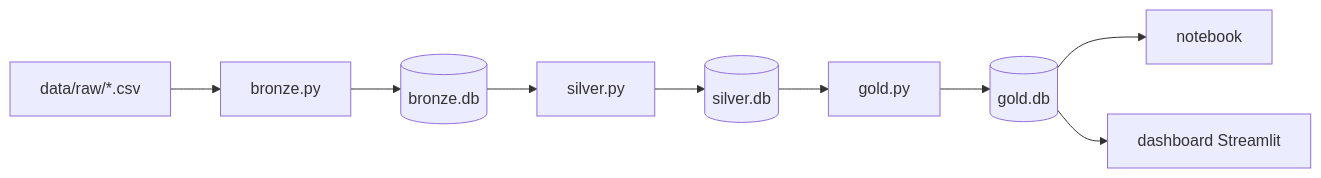
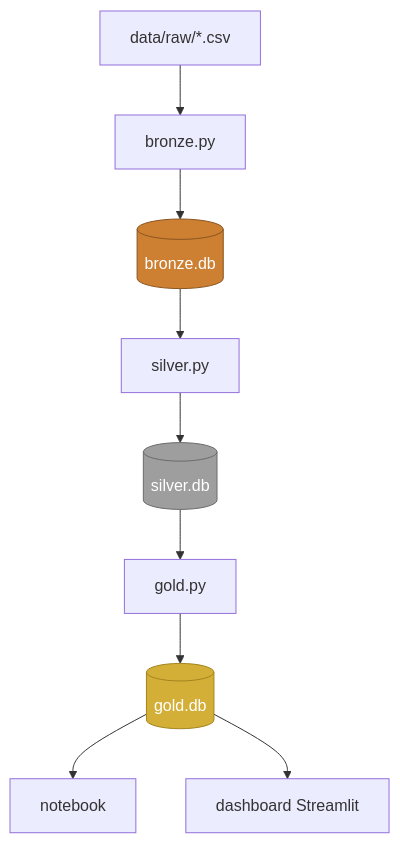
Before and after one commit to leonardomtorres/truck-fleet-roi-pipeline: the diagram in README.md, drawn with Mermaid.

Commit message:
Ajusta diagrama de arquitetura: layout vertical e cores por camada

````diff
--- a/README.md
+++ b/README.md
@@ -44,11 +44,15 @@
 ```mermaid
-flowchart LR
+flowchart TD
     A["data/raw/*.csv"] --> B["bronze.py"]
     B --> C[("bronze.db")]
     C --> D["silver.py"]
     D --> E[("silver.db")]
     E --> F["gold.py"]
     F --> G[("gold.db")]
     G --> H["notebook"]
     G --> I["dashboard Streamlit"]
+
+    style C fill:#cd7f32,color:#fff,stroke:#8a5522
+    style E fill:#9e9e9e,color:#fff,stroke:#6b6b6b
+    style G fill:#d4af37,color:#fff,stroke:#a3841f
 ```
````
